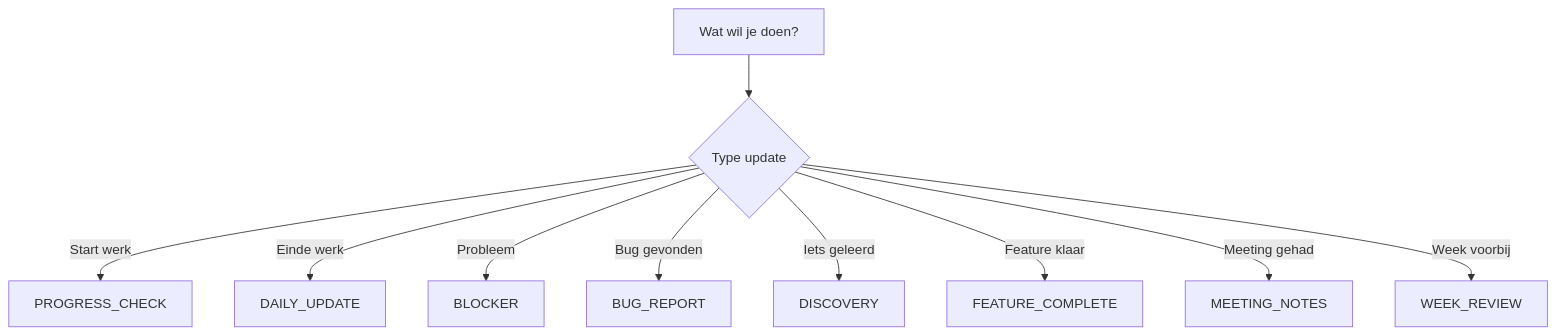
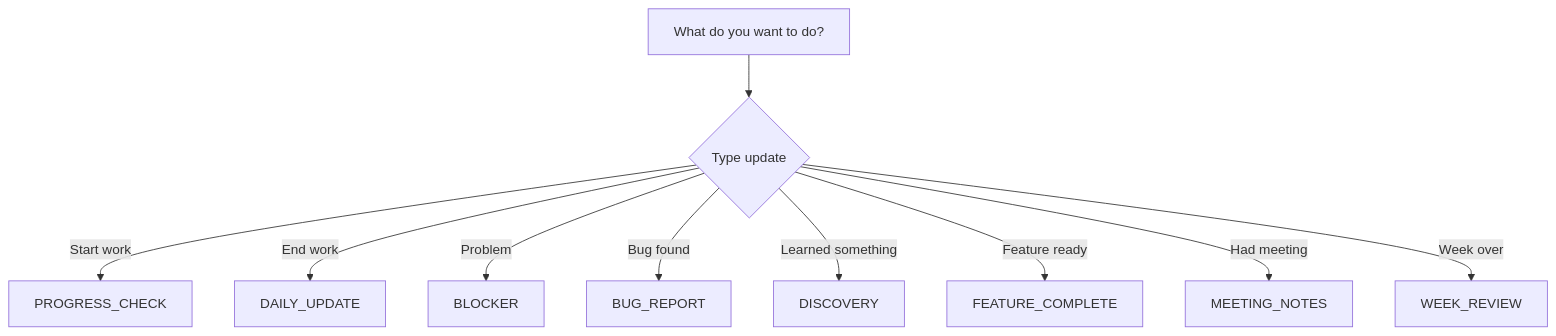
One commit to AirMile/TheCaves changed the diagram in Notes/06_Templates/Speech_To_Claude_Workflow.md. Above: the diagram before and after it, drawn with Mermaid. The commit also changed other lines of this file and 25 other files, not shown here.

````diff
--- a/Notes/06_Templates/Speech_To_Claude_Workflow.md
+++ b/Notes/06_Templates/Speech_To_Claude_Workflow.md
@@ -67,12 +67,12 @@
 ```mermaid
 graph TD
-    A[Wat wil je doen?] --> B{Type update}
-    B -->|Start werk| C[PROGRESS_CHECK]
-    B -->|Einde werk| D[DAILY_UPDATE]
-    B -->|Probleem| E[BLOCKER]
-    B -->|Bug gevonden| F[BUG_REPORT]
-    B -->|Iets geleerd| G[DISCOVERY]
-    B -->|Feature klaar| H[FEATURE_COMPLETE]
-    B -->|Meeting gehad| I[MEETING_NOTES]
-    B -->|Week voorbij| J[WEEK_REVIEW]
+    A[What do you want to do?] --> B{Type update}
+    B -->|Start work| C[PROGRESS_CHECK]
+    B -->|End work| D[DAILY_UPDATE]
+    B -->|Problem| E[BLOCKER]
+    B -->|Bug found| F[BUG_REPORT]
+    B -->|Learned something| G[DISCOVERY]
+    B -->|Feature ready| H[FEATURE_COMPLETE]
+    B -->|Had meeting| I[MEETING_NOTES]
+    B -->|Week over| J[WEEK_REVIEW]
 ```
````
